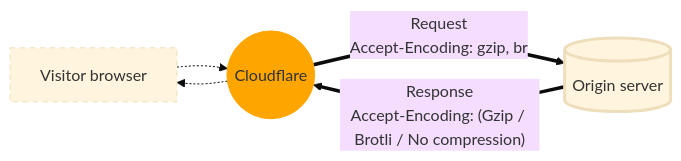
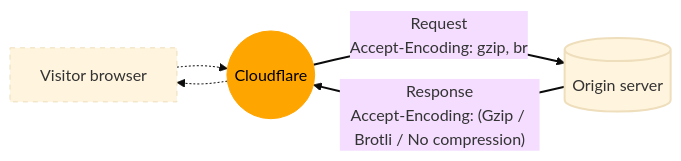
The second of 2 diagrams in content/speed/optimization/content/brotli/content-compression.md (rdhanarot/cloudflare-docs), drawn with Mermaid (base theme) before and after one commit. The commit also changed other lines of this file, not shown here.

Commit message:
[Speed] Update compression diagrams (#12981)
Force text color to black when using orange background (improves readability in dark mode).
Adjust stroke widths (makes arrowheads more visible).

````diff
--- a/content/speed/optimization/content/brotli/content-compression.md
+++ b/content/speed/optimization/content/brotli/content-compression.md
@@ -112,16 +114,18 @@
 ```mermaid
 flowchart LR
 accTitle: Compressed responses sent from the origin server
 accDescr: Cloudflare accepts responses from origin server using Gzip compression, Brotli compression, or no compression.
 
 A[Visitor browser]
 B((Cloudflare))
 C[(Origin server)]
 
 A -.-> B == "Request<br>Accept-Encoding: gzip, br" ==> C
 C == "Response<br>Accept-Encoding: (Gzip / Brotli / No compression)" ==> B -.-> A
 
 style A stroke-dasharray: 5 5
-style B stroke: orange,fill: orange
-style C stroke-width: 3px
+style B stroke: orange,fill: orange,color: black
+style C stroke-width: 2px
+linkStyle 1,2 stroke-width: 2px
+linkStyle 0,3 stroke-width: 1px
 ```
````
